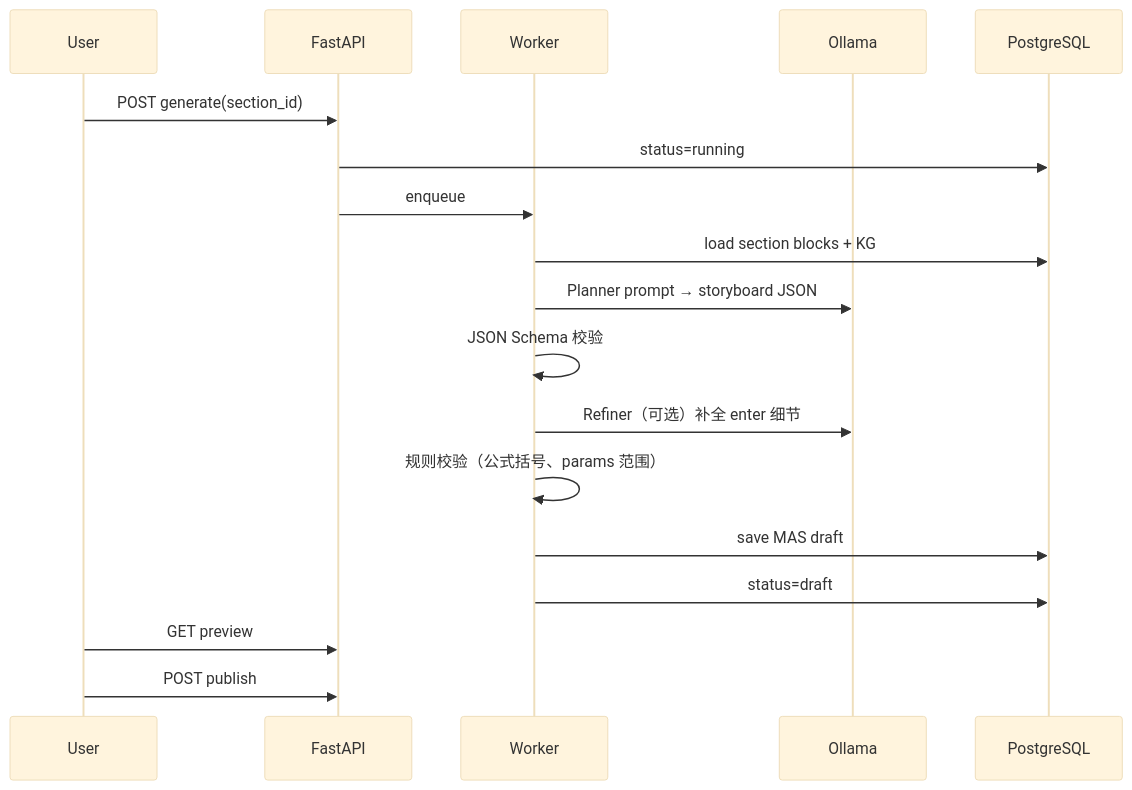
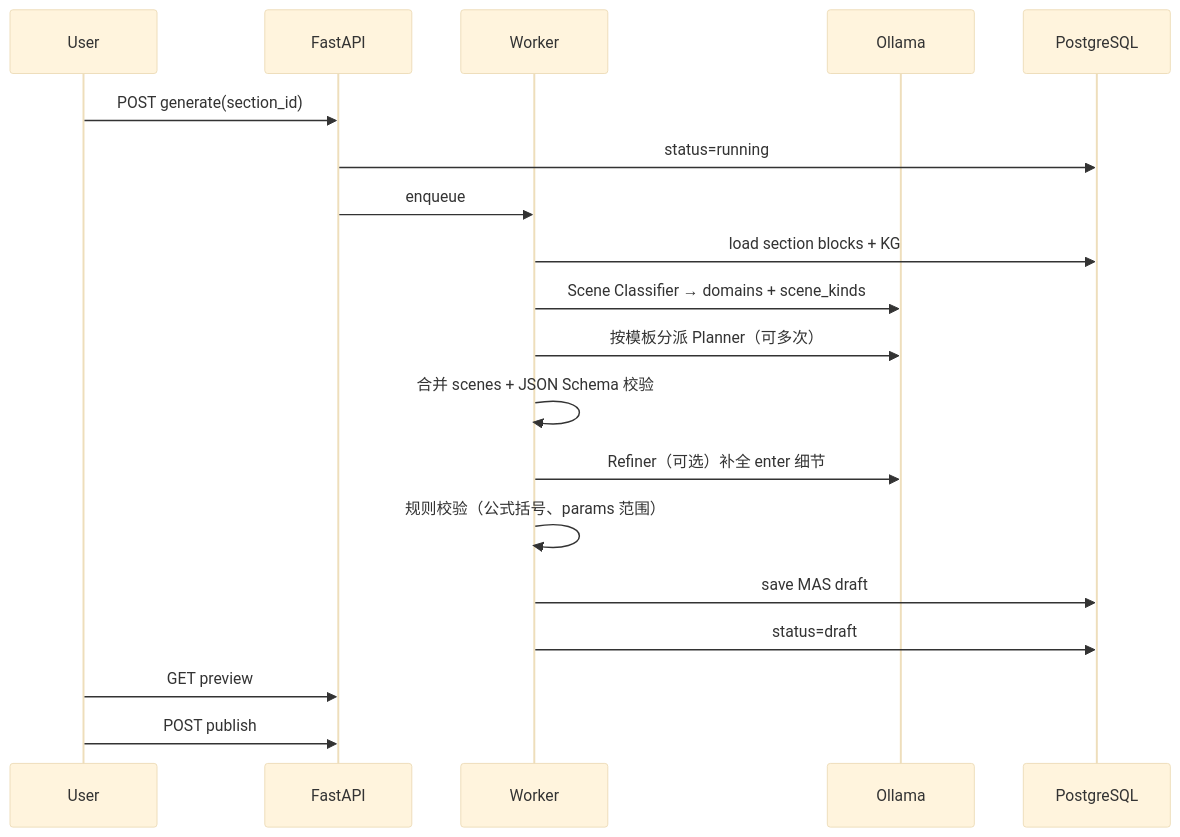
The third of 3 diagrams in docs/specs/2026-05-16-math-chapter-animation-design.md (CommerQ/BookView), drawn with Mermaid (base theme) before and after one commit. The commit also changed other lines of this file and 2 other files, not shown here.

Commit message:
docs: extend math animation to full-scene coverage (all domains)

````diff
--- a/docs/specs/2026-05-16-math-chapter-animation-design.md
+++ b/docs/specs/2026-05-16-math-chapter-animation-design.md
@@ -236,21 +393,22 @@
 ```mermaid
 sequenceDiagram
   participant U as User
   participant API as FastAPI
   participant W as Worker
   participant O as Ollama
   participant DB as PostgreSQL
 
   U->>API: POST generate(section_id)
   API->>DB: status=running
   API->>W: enqueue
   W->>DB: load section blocks + KG
-  W->>O: Planner prompt → storyboard JSON
-  W->>W: JSON Schema 校验
+  W->>O: Scene Classifier → domains + scene_kinds
+  W->>O: 按模板分派 Planner（可多次）
+  W->>W: 合并 scenes + JSON Schema 校验
   W->>O: Refiner（可选）补全 enter 细节
   W->>W: 规则校验（公式括号、params 范围）
   W->>DB: save MAS draft
   W->>DB: status=draft
   U->>API: GET preview
   U->>API: POST publish
 ```
````
